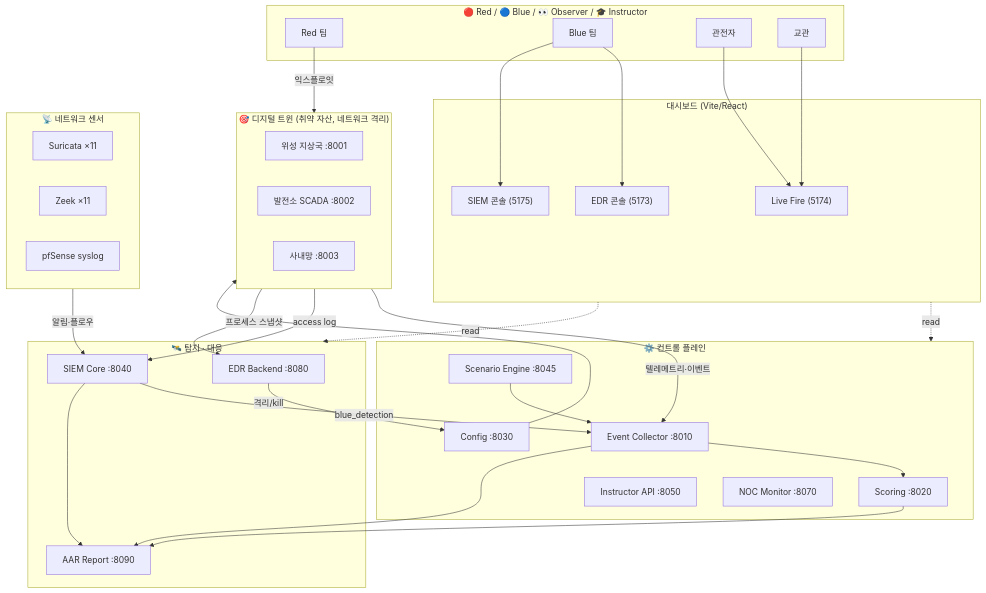
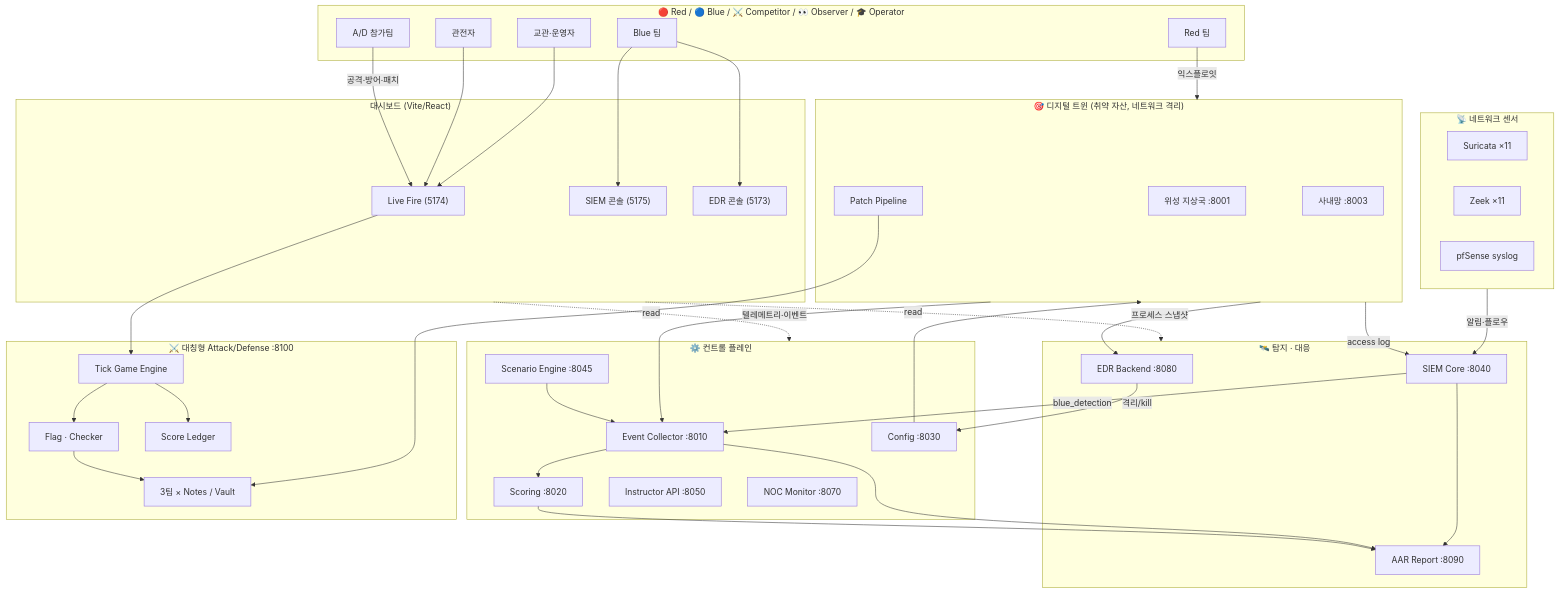
The third of 3 diagrams in README.md (MintKangaroo/Cyber-Offensive-and-Defensive-Exercise), drawn with Mermaid before and after one commit. The commit also changed other lines of this file and 8 other files, not shown here.

Commit message:
docs(attack-defense): restore validated MVP and refresh README

````diff
--- a/README.md
+++ b/README.md
@@ -114,42 +214,53 @@
 ```mermaid
 flowchart TB
-    subgraph Users["🔴 Red / 🔵 Blue / 👀 Observer / 🎓 Instructor"]
-        RT["Red 팀"]; BT["Blue 팀"]; OB["관전자"]; IN["교관"]
+    subgraph Users["🔴 Red / 🔵 Blue / ⚔️ Competitor / 👀 Observer / 🎓 Operator"]
+        RT["Red 팀"]; BT["Blue 팀"]; CP["A/D 참가팀"]; OB["관전자"]; IN["교관·운영자"]
     end
 
     subgraph Dashboards["대시보드 (Vite/React)"]
         LF["Live Fire (5174)"]; SIEMUI["SIEM 콘솔 (5175)"]; EDRUI["EDR 콘솔 (5173)"]
     end
 
     subgraph Twins["🎯 디지털 트윈 (취약 자산, 네트워크 격리)"]
         GS["위성 지상국 :8001"]; PP["발전소 SCADA :8002"]; DN["사내망 :8003"]
     end
 
     subgraph Core["⚙️ 컨트롤 플레인"]
         EC["Event Collector :8010"]; SC["Scoring :8020"]; CF["Config :8030"]
         SE["Scenario Engine :8045"]; IA["Instructor API :8050"]; NOC["NOC Monitor :8070"]
     end
 
     subgraph Defense["🛰️ 탐지 · 대응"]
         EDR["EDR Backend :8080"]; SIEM["SIEM Core :8040"]; AAR["AAR Report :8090"]
     end
 
+    subgraph AttackDefense["⚔️ 대칭형 Attack/Defense :8100"]
+        GE["Tick Game Engine"]; FS["Flag · Checker"]
+        SL["Score Ledger"]; PP["Patch Pipeline"]
+        GSVC["3팀 × Notes / Vault"]
+    end
+
     subgraph Sensors["📡 네트워크 센서"]
         SUR["Suricata ×11"]; ZK["Zeek ×11"]; PF["pfSense syslog"]
     end
 
     RT -->|익스플로잇| Twins
     BT --> EDRUI & SIEMUI
+    CP -->|공격·방어·패치| LF
     OB & IN --> LF
     Twins -->|텔레메트리·이벤트| EC
     Twins -->|access log| SIEM
     Sensors -->|알림·플로우| SIEM
     Twins -->|프로세스 스냅샷| EDR
     EC --> SC
     EDR -->|격리/kill| CF --> Twins
     SE --> EC
     SIEM -->|blue_detection| EC
     SC & EC & SIEM --> AAR
+    LF --> GE
+    GE --> FS --> GSVC
+    GE --> SL
+    PP --> GSVC
     Dashboards -.read.-> Core
     Dashboards -.read.-> Defense
 ```
````
